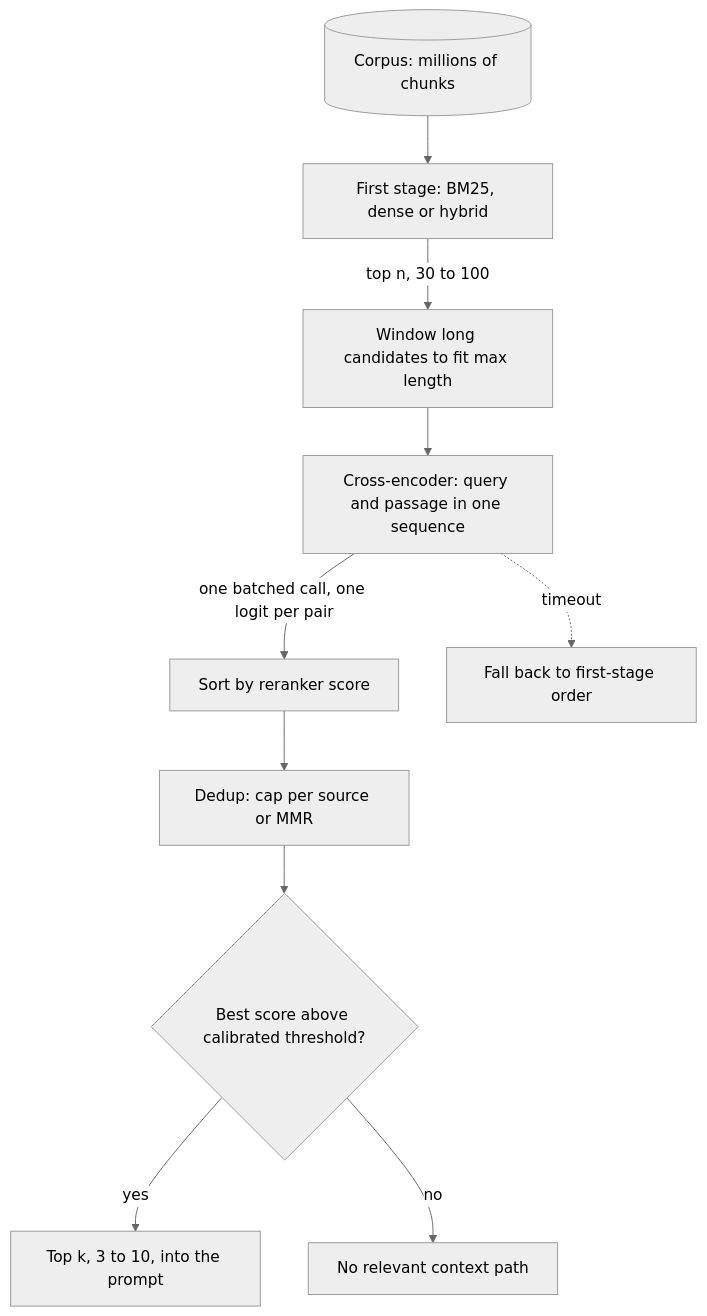
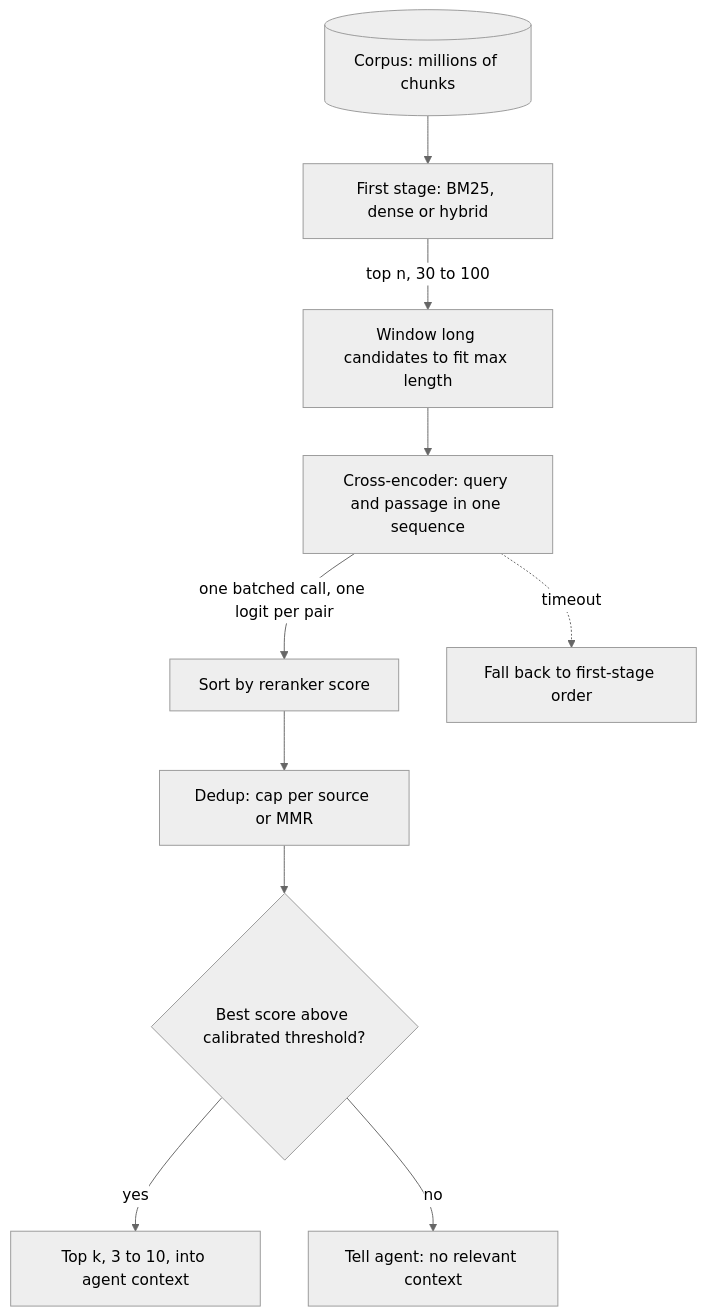
One commit to lovishmahajan97/agentic-learning changed the diagram in content/rag-retrieval/reranking.md. Above: the diagram before and after it, drawn with Mermaid (neutral theme). The commit also changed other lines of this file and 266 other files, not shown here.

````diff
--- a/content/rag-retrieval/reranking.md
+++ b/content/rag-retrieval/reranking.md
@@ -129,12 +151,12 @@
 ```mermaid
 flowchart TD
     C[("Corpus: millions of chunks")] --> R1["First stage: BM25, dense or hybrid"]
     R1 -->|"top n, 30 to 100"| W["Window long candidates to fit max length"]
     W --> CE["Cross-encoder: query and passage in one sequence"]
     CE -->|"one batched call, one logit per pair"| S["Sort by reranker score"]
     S --> DD["Dedup: cap per source or MMR"]
     DD --> T{"Best score above calibrated threshold?"}
-    T -->|"yes"| K["Top k, 3 to 10, into the prompt"]
-    T -->|"no"| NF["No relevant context path"]
+    T -->|"yes"| K["Top k, 3 to 10, into agent context"]
+    T -->|"no"| NF["Tell agent: no relevant context"]
     CE -.->|"timeout"| FB["Fall back to first-stage order"]
 ```
````
